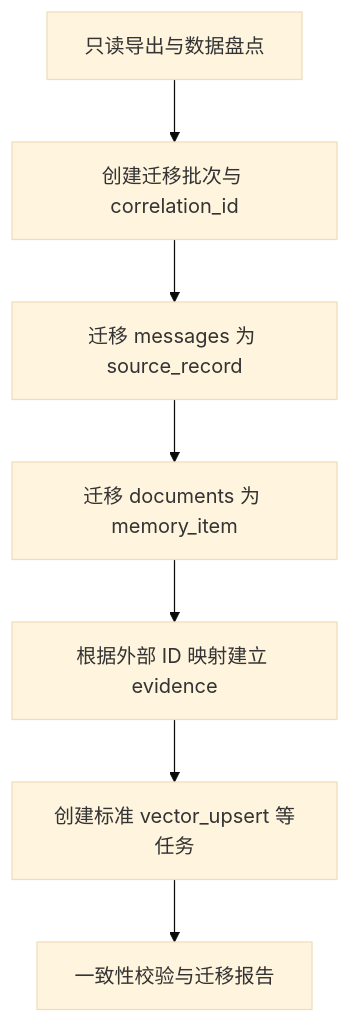
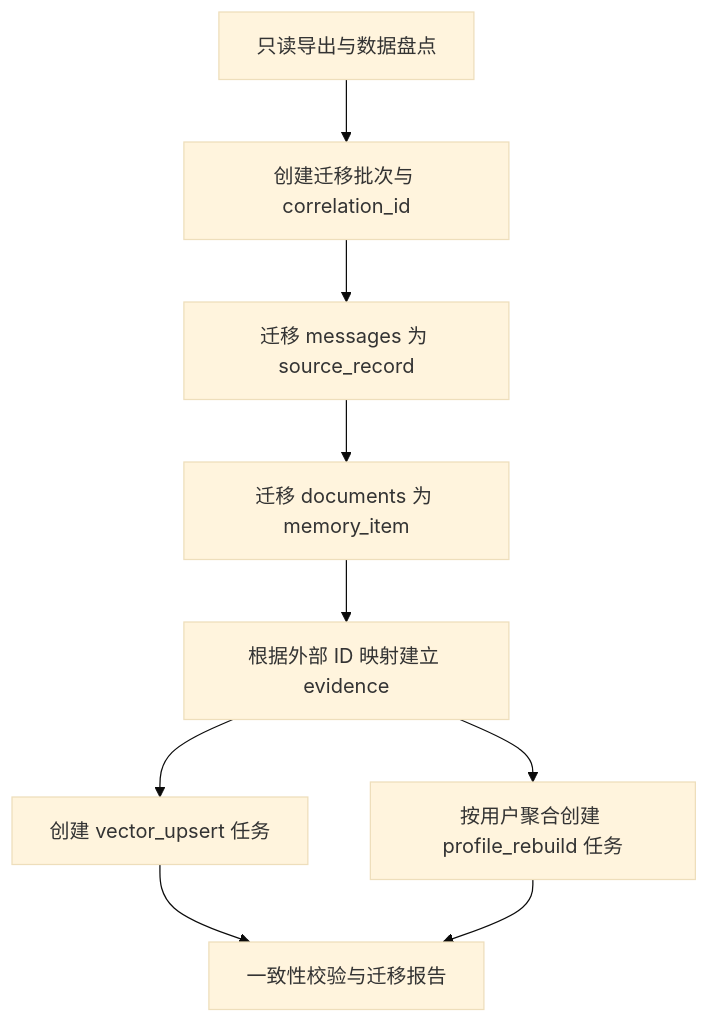
One commit to zhongdixiu/MemoryCMIC changed the sixth of 6 diagrams in docs/统一记忆服务数据模型详细设计规范-V1.0-冻结版.md. Above: the diagram before and after it, drawn with Mermaid (base theme). The commit also changed other lines of this file and 43 other files, not shown here.

````diff
--- a/docs/统一记忆服务数据模型详细设计规范-V1.0-冻结版.md
+++ b/docs/统一记忆服务数据模型详细设计规范-V1.0-冻结版.md
@@ -842,9 +878,11 @@
 ```mermaid
 flowchart TD
     A["只读导出与数据盘点"] --> B["创建迁移批次与 correlation_id"]
     B --> C["迁移 messages 为 source_record"]
     C --> D["迁移 documents 为 memory_item"]
     D --> E["根据外部 ID 映射建立 evidence"]
-    E --> F["创建标准 vector_upsert 等任务"]
+    E --> F["创建 vector_upsert 任务"]
+    E --> H["按用户聚合创建 profile_rebuild 任务"]
     F --> G["一致性校验与迁移报告"]
+    H --> G
 ```
````
